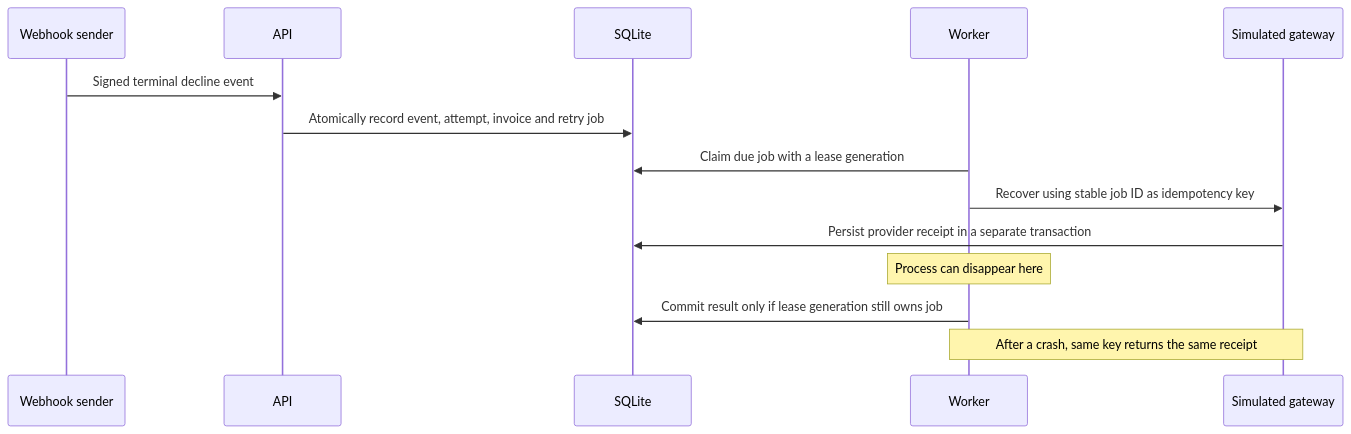
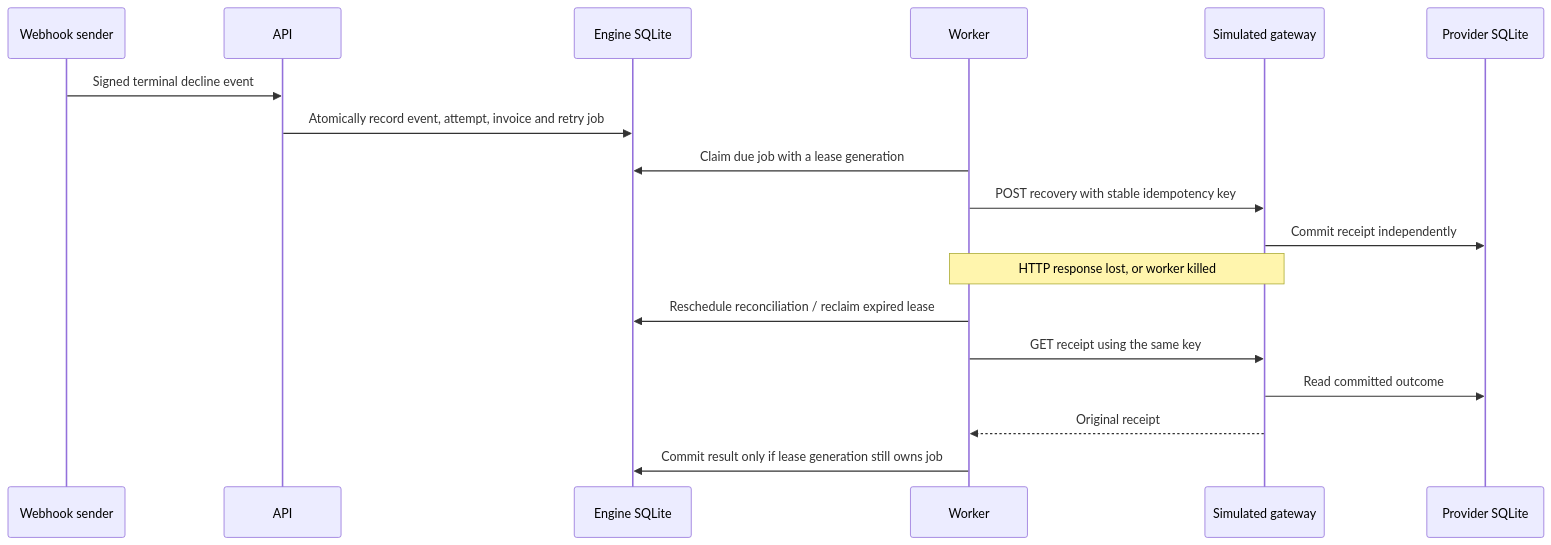
The diagram in README.md (TrebaDripat/payment-decline-recovery), drawn with Mermaid before and after one commit. The commit also changed other lines of this file and 20 other files, not shown here.

Commit message:
Reconcile unknown payment results with an HTTP provider and durable inbox

````diff
--- a/README.md
+++ b/README.md
@@ -40,16 +40,20 @@
 ```mermaid
 sequenceDiagram
     participant P as Webhook sender
     participant A as API
-    participant D as SQLite
+    participant D as Engine SQLite
     participant W as Worker
     participant G as Simulated gateway
+    participant PDB as Provider SQLite
     P->>A: Signed terminal decline event
     A->>D: Atomically record event, attempt, invoice and retry job
     W->>D: Claim due job with a lease generation
-    W->>G: Recover using stable job ID as idempotency key
-    G->>D: Persist provider receipt in a separate transaction
-    Note over W: Process can disappear here
+    W->>G: POST recovery with stable idempotency key
+    G->>PDB: Commit receipt independently
+    Note over W,G: HTTP response lost, or worker killed
+    W->>D: Reschedule reconciliation / reclaim expired lease
+    W->>G: GET receipt using the same key
+    G->>PDB: Read committed outcome
+    G-->>W: Original receipt
     W->>D: Commit result only if lease generation still owns job
-    Note over W,G: After a crash, same key returns the same receipt
 ```
````
